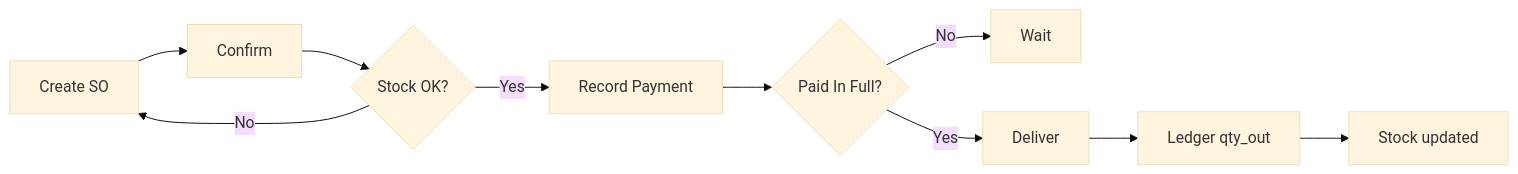
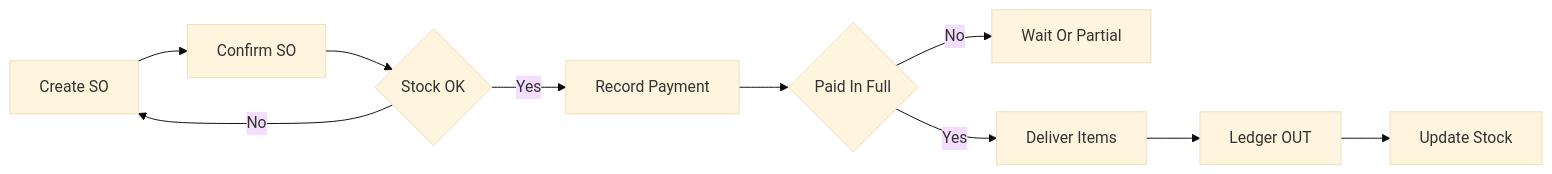
The third of 17 diagrams in docs/erd.md (Masterly0607/stock-management), drawn with Mermaid (base theme) before and after one commit. The commit also changed other lines of this file, not shown here.

````diff
--- a/docs/erd.md
+++ b/docs/erd.md
@@ -126,12 +111,12 @@
 ```mermaid
 flowchart LR
-  A[Create SO] --> B[Confirm]
-  B --> C{Stock OK?}
+  A[Create SO] --> B[Confirm SO]
+  B --> C{Stock OK}
   C -- No --> A
   C -- Yes --> P[Record Payment]
-  P --> D{Paid In Full?}
-  D -- No --> W[Wait]
-  D -- Yes --> X[Deliver]
-  X --> L[Ledger qty_out]
-  L --> S[Stock updated]
+  P --> D{Paid In Full}
+  D -- No --> W[Wait Or Partial]
+  D -- Yes --> X[Deliver Items]
+  X --> L[Ledger OUT]
+  L --> S[Update Stock]
 ```
````
